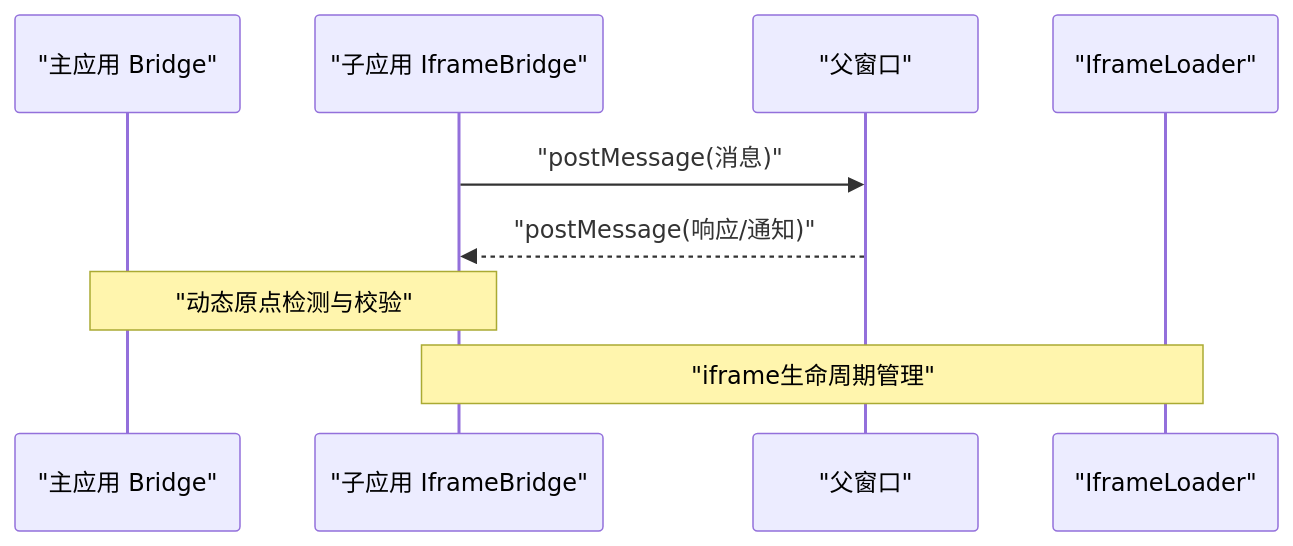
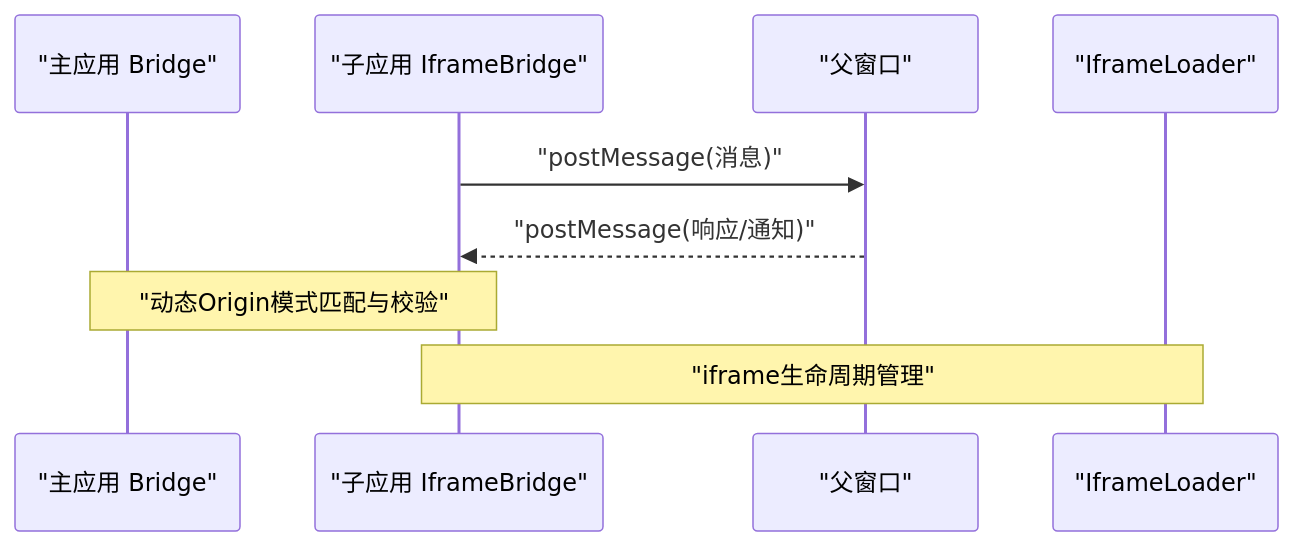
The second of 5 diagrams in .qoder/repowiki/zh/content/核心组件/跨应用通信系统.md (my-Sitara/artisan-base-frontend), drawn with Mermaid before and after one commit. The commit also changed other lines of this file and 25 other files, not shown here.

````diff
--- a/.qoder/repowiki/zh/content/核心组件/跨应用通信系统.md
+++ b/.qoder/repowiki/zh/content/核心组件/跨应用通信系统.md
@@ -91,11 +91,11 @@
 ```mermaid
 sequenceDiagram
 participant Main as "主应用 Bridge"
 participant Child as "子应用 IframeBridge"
 participant Parent as "父窗口"
 participant Loader as "IframeLoader"
 Child->>Parent : "postMessage(消息)"
 Parent-->>Child : "postMessage(响应/通知)"
-Note over Main,Child : "动态原点检测与校验"
+Note over Main,Child : "动态Origin模式匹配与校验"
 Note over Loader,Child : "iframe生命周期管理"
 ```
````
